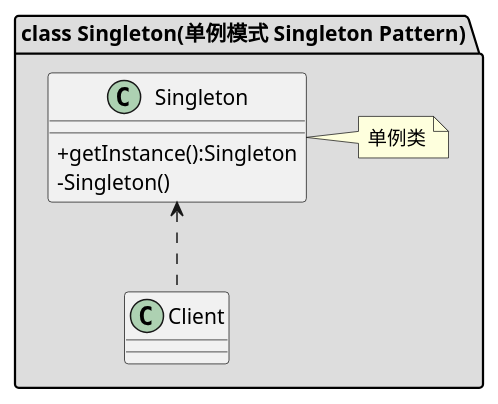
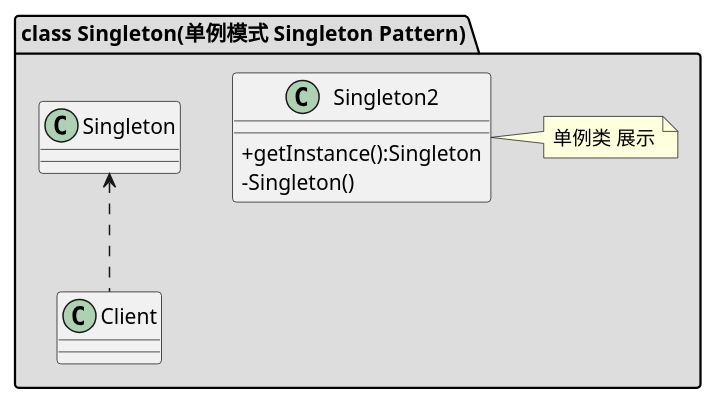
The diagram in src/main/resources/设计模式23种类型/创建型模式Creational Pattern/单例模式.puml (HappyFreeAngel/springcloud-gateway-dynamic-route), drawn with PlantUML before and after one commit. The commit also changed 7 other files, not shown here.

Commit message:
feature: 增加了E-R图 demo

```diff
--- a/src/main/resources/设计模式23种类型/创建型模式Creational Pattern/单例模式.puml
+++ b/src/main/resources/设计模式23种类型/创建型模式Creational Pattern/单例模式.puml
@@ -1,15 +1,15 @@
 @startuml
 skinparam classAttributeIconSize 0
 
 package "class Singleton(单例模式 Singleton Pattern)" #DDDDDD {
 
-    class Singleton
+    class Singleton2
     {
     +getInstance():Singleton
     -Singleton()
     }
-    note right: 单例类
+    note right: 单例类 展示
 
     Singleton <.. Client
 }
 @enduml
```
